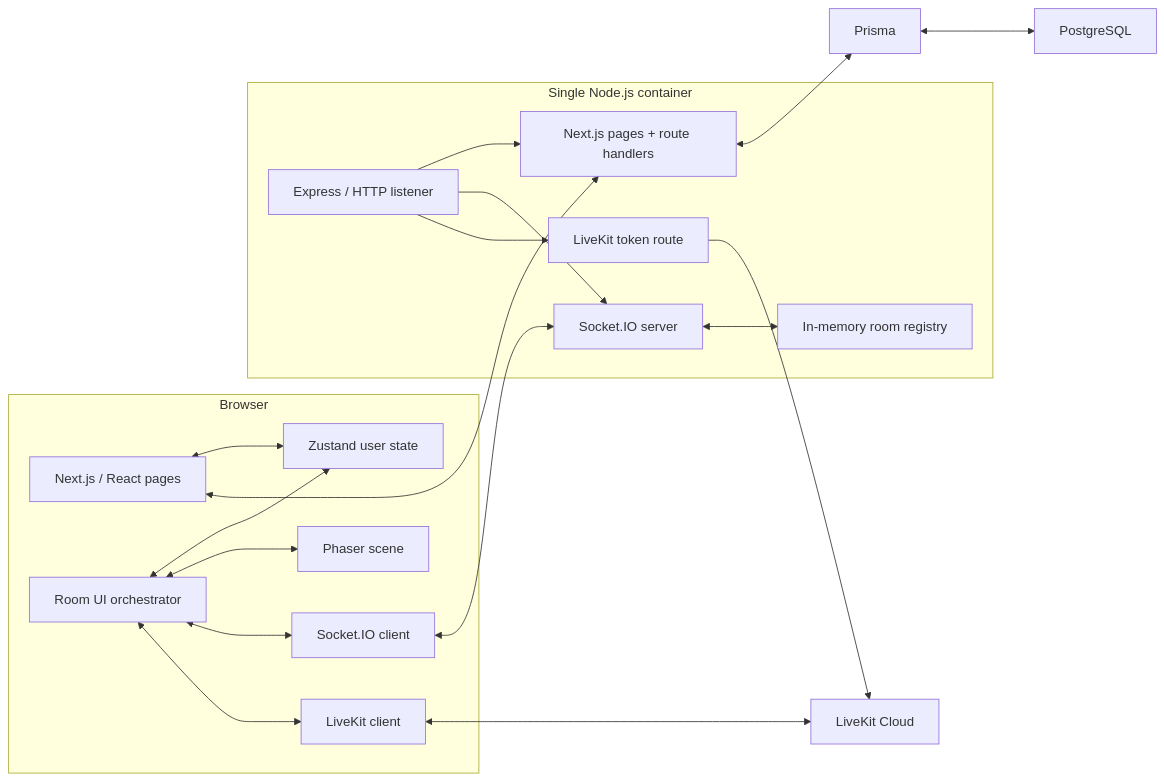
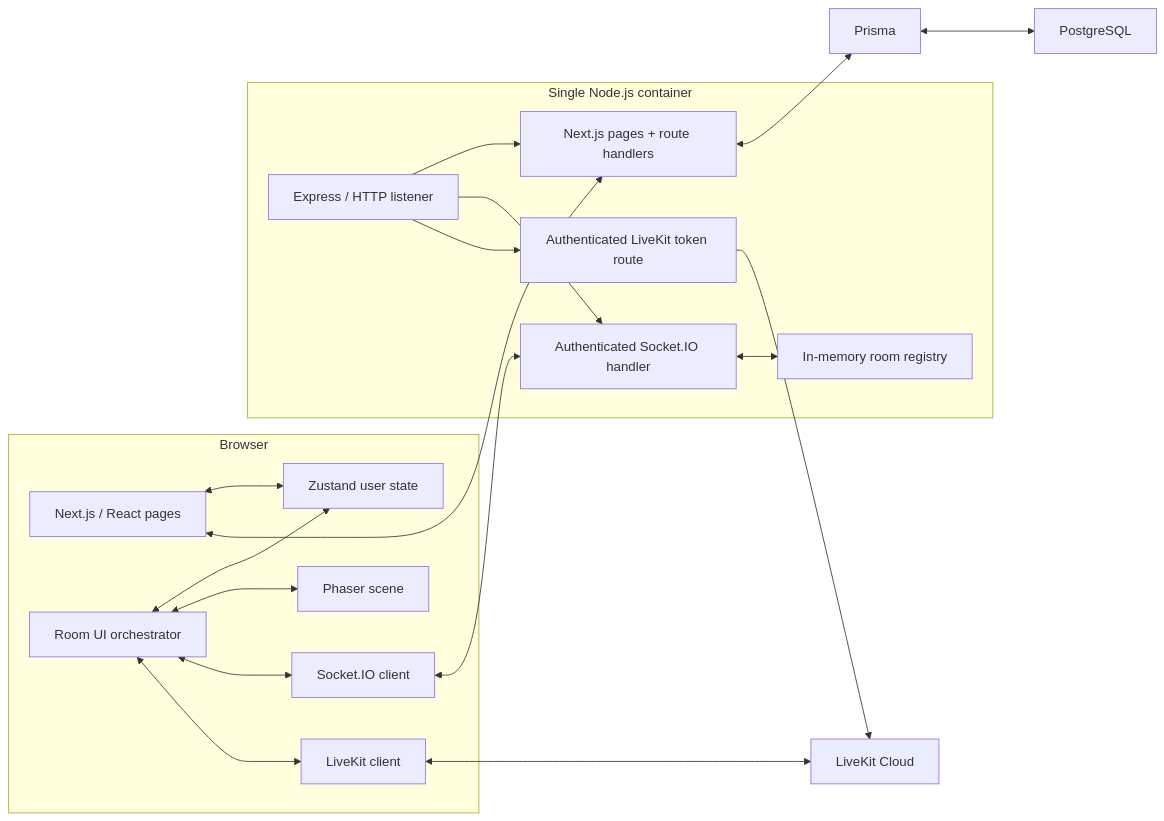
The second of 5 diagrams in docs/ARCHITECTURE.md (Haamid-syed/social-square-public), drawn with Mermaid before and after one commit. The commit also changed other lines of this file and 11 other files, not shown here.

````diff
--- a/docs/ARCHITECTURE.md
+++ b/docs/ARCHITECTURE.md
@@ -37,40 +37,40 @@
 ```mermaid
 flowchart LR
     subgraph Client["Browser"]
         Pages["Next.js / React pages"]
         Store["Zustand user state"]
         RoomUI["Room UI orchestrator"]
         Phaser["Phaser scene"]
         SocketClient["Socket.IO client"]
         LKClient["LiveKit client"]
 
         Pages <--> Store
         RoomUI <--> Store
         RoomUI <--> Phaser
         RoomUI <--> SocketClient
         RoomUI <--> LKClient
     end
 
     subgraph Runtime["Single Node.js container"]
         Listener["Express / HTTP listener"]
         Next["Next.js pages + route handlers"]
-        SocketServer["Socket.IO server"]
-        TokenRoute["LiveKit token route"]
+        SocketServer["Authenticated Socket.IO handler"]
+        TokenRoute["Authenticated LiveKit token route"]
         Memory["In-memory room registry"]
 
         Listener --> Next
         Listener --> SocketServer
         Listener --> TokenRoute
         SocketServer <--> Memory
     end
 
     Prisma["Prisma"]
     Postgres["PostgreSQL"]
     LiveKit["LiveKit Cloud"]
 
     Pages <--> Next
     SocketClient <--> SocketServer
     LKClient <--> LiveKit
     TokenRoute --> LiveKit
     Next <--> Prisma <--> Postgres
 ```
````
